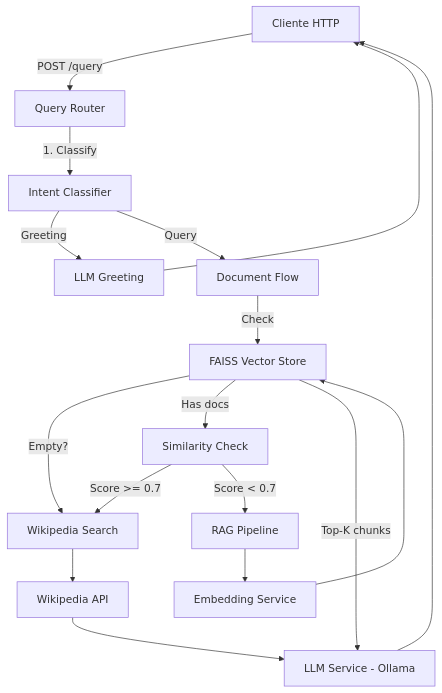
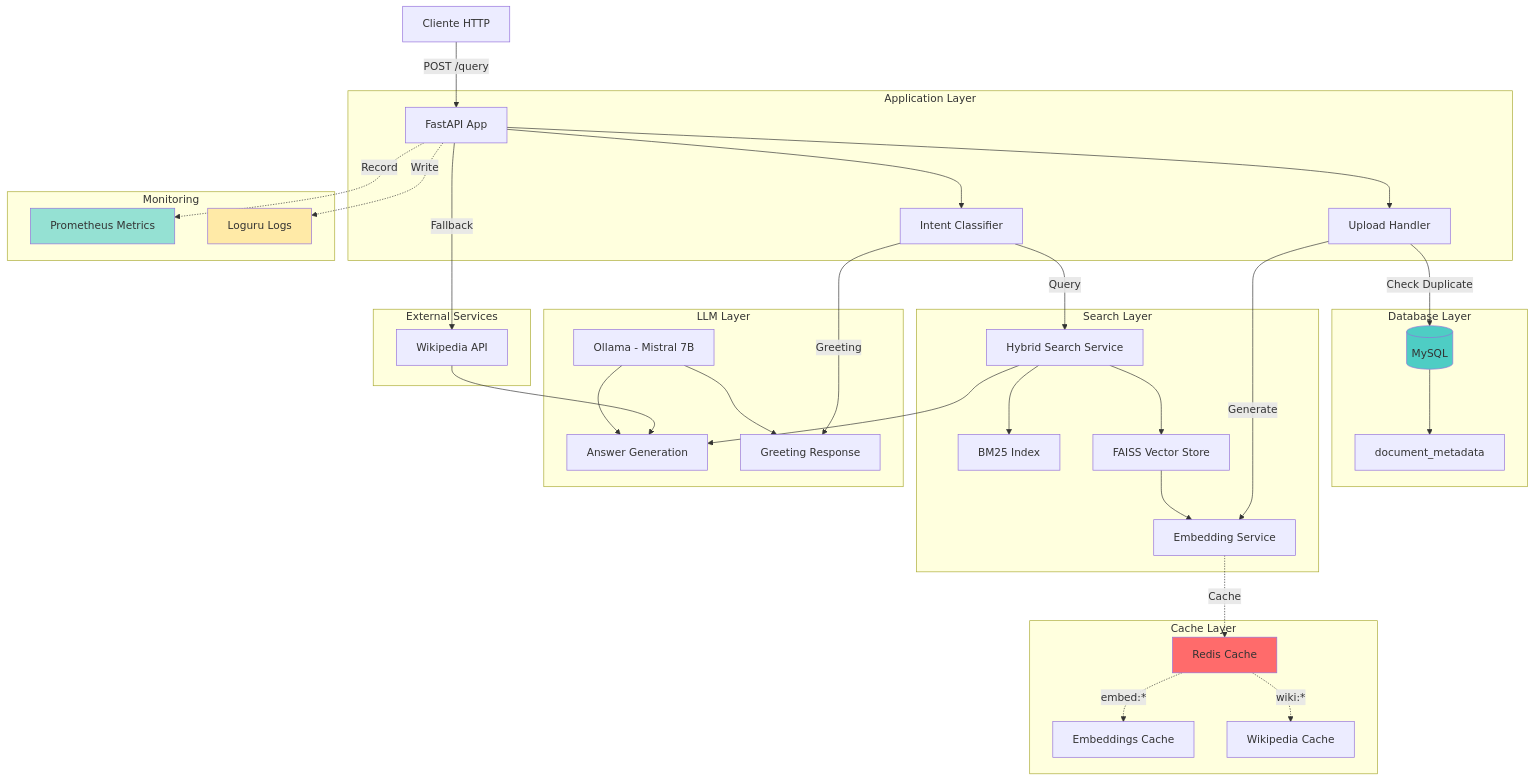
Before and after one commit to LucianoWagner/RAG-Project: the first of 4 diagrams in README.md, drawn with Mermaid. The commit also changed other lines of this file and 26 other files, not shown here.

Commit message:
agrego la integracion de redis para mejorar los tiempos de respuesta asi como la inclusion de docker para persistir la informacion de metadata util para un futuro. Asimismo integro resilience patterns (falta pulir) y loggers y metricas más eficientes

````diff
--- a/README.md
+++ b/README.md
@@ -52,24 +64,59 @@
 ```mermaid
 graph TB
-    Client[Cliente HTTP] -->|POST /query| Router[Query Router]
+    Client[Cliente HTTP] -->|POST /query| API[FastAPI App]
     
-    Router -->|1. Classify| Intent[Intent Classifier]
-    Intent -->|Greeting| GreetLLM[LLM Greeting]
-    Intent -->|Query| DocFlow[Document Flow]
+    subgraph "Application Layer"
+        API --> Intent[Intent Classifier]
+        API --> Upload[Upload Handler]
+    end
     
-    DocFlow -->|Check| VectorStore[FAISS Vector Store]
-    VectorStore -->|Empty?| WebSearch[Wikipedia Search]
-    VectorStore -->|Has docs| Similarity[Similarity Check]
+    subgraph "Cache Layer"
+        Cache[Redis Cache]
+        Cache -.->|embed:*| EmbedCache[Embeddings Cache]
+        Cache -.->|wiki:*| WikiCache[Wikipedia Cache]
+    end
     
-    Similarity -->|Score >= 0.7| WebSearch
-    Similarity -->|Score < 0.7| RAG[RAG Pipeline]
+    subgraph "Database Layer"
+        MySQL[(MySQL)]
+        MySQL --> DocMeta[document_metadata]
+    end
     
-    RAG --> Embedding[Embedding Service]
-    Embedding --> VectorStore
-    VectorStore -->|Top-K chunks| LLM[LLM Service - Ollama]
+    subgraph "Search Layer"
+        Hybrid[Hybrid Search Service]
+        Hybrid --> BM25[BM25 Index]
+        Hybrid --> Vector[FAISS Vector Store]
+        Vector --> Embeddings[Embedding Service]
+    end
     
-    GreetLLM --> Client
-    WebSearch --> WikiAPI[Wikipedia API]
-    WikiAPI --> LLM
-    LLM --> Client
+    subgraph "LLM Layer"
+        Ollama[Ollama - Mistral 7B]
+        Ollama --> Answer[Answer Generation]
+        Ollama --> Greeting[Greeting Response]
+    end
+    
+    subgraph "External Services"
+        Wiki[Wikipedia API]
+    end
+    
+    subgraph "Monitoring"
+        Prometheus[Prometheus Metrics]
+        Logs[Loguru Logs]
+    end
+    
+    Intent -->|Greeting| Greeting
+    Intent -->|Query| Hybrid
+    Upload -->|Check Duplicate| MySQL
+    Upload -->|Generate| Embeddings
+    Embeddings -.->|Cache| Cache
+    Hybrid --> Answer
+    API -->|Fallback| Wiki
+    Wiki --> Answer
+    
+    API -.->|Record| Prometheus
+    API -.->|Write| Logs
+    
+    style Cache fill:#ff6b6b
+    style MySQL fill:#4ecdc4
+    style Prometheus fill:#95e1d3
+    style Logs fill:#ffeaa7
 ```
````
